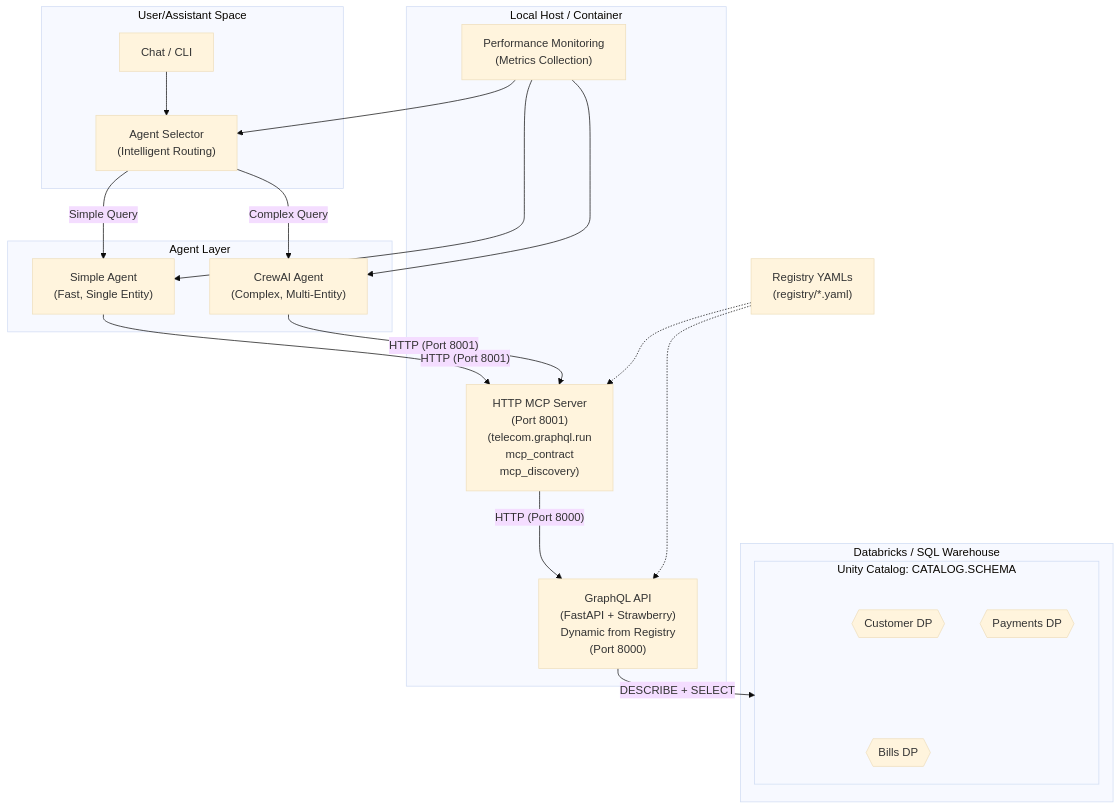
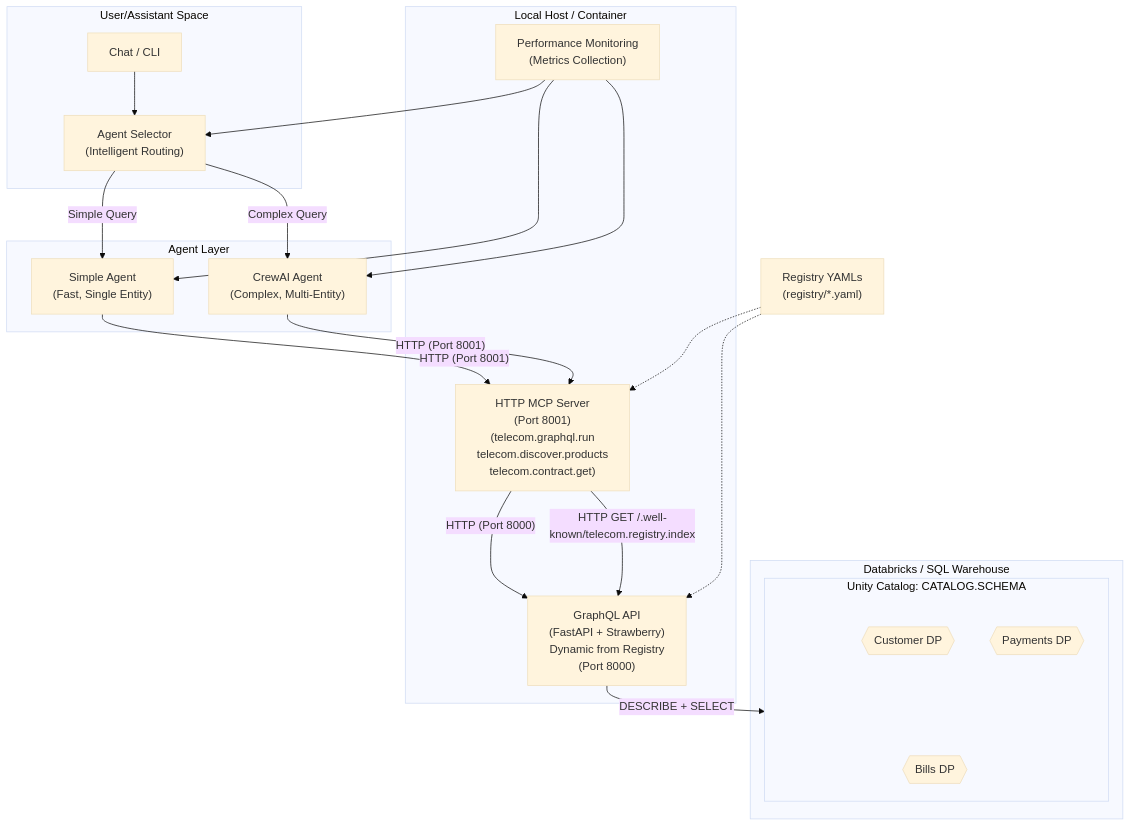
The first of 5 diagrams in docs/architecture_v2.md (pmsrao/io-telco), drawn with Mermaid (base theme) before and after one commit. The commit also changed other lines of this file and 1 other file, not shown here.

First line of the commit message:
docs: Update architecture documentation to reflect HTTP MCP auto-discovery

````diff
--- a/docs/architecture_v2.md
+++ b/docs/architecture_v2.md
@@ -45,46 +45,47 @@
 ```mermaid
 flowchart TD
   subgraph UserSpace["User/Assistant Space"]
     UI["Chat / CLI"]
     AS["Agent Selector<br/>(Intelligent Routing)"]
   end
 
   subgraph AgentLayer["Agent Layer"]
     SA["Simple Agent<br/>(Fast, Single Entity)"]
     CA["CrewAI Agent<br/>(Complex, Multi-Entity)"]
   end
 
   subgraph Host["Local Host / Container"]
-    MCP["HTTP MCP Server<br/>(Port 8001)<br/>(telecom.graphql.run<br/>mcp_contract<br/>mcp_discovery)"]
+    MCP["HTTP MCP Server<br/>(Port 8001)<br/>(telecom.graphql.run<br/>telecom.discover.products<br/>telecom.contract.get)"]
     GQL["GraphQL API<br/>(FastAPI + Strawberry)<br/>Dynamic from Registry<br/>(Port 8000)"]
     MON["Performance Monitoring<br/>(Metrics Collection)"]
   end
 
   subgraph DBX["Databricks / SQL Warehouse"]
     subgraph UC["Unity Catalog: CATALOG.SCHEMA"]
       DP_C{{Customer DP}}
       DP_P{{Payments DP}}
       DP_B{{Bills DP}}
     end
   end
 
   REG["Registry YAMLs<br/>(registry/*.yaml)"]
 
   UI --> AS
   AS -->|Simple Query| SA
   AS -->|Complex Query| CA
   SA -- HTTP (Port 8001) --> MCP
   CA -- HTTP (Port 8001) --> MCP
   MCP -- HTTP (Port 8000) --> GQL
+  MCP -- HTTP GET /.well-known/telecom.registry.index --> GQL
   GQL -- DESCRIBE + SELECT --> UC
   MON --> AS
   MON --> SA
   MON --> CA
 
   DP_C --- UC
   DP_P --- UC
   DP_B --- UC
 
   REG -.-> GQL
   REG -.-> MCP
 ```
````
